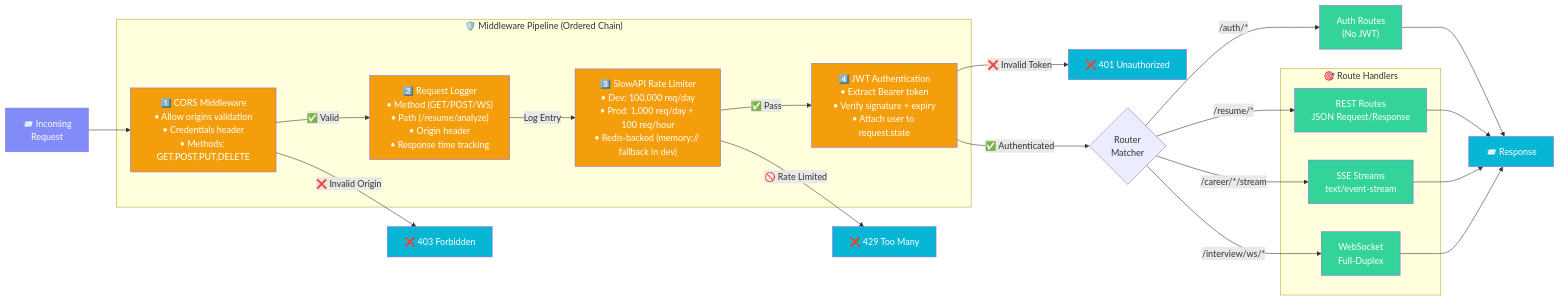
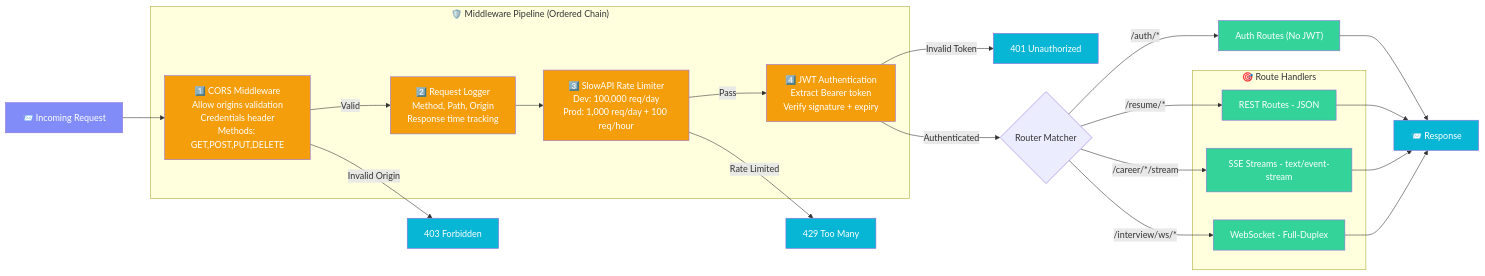
One commit to Anil-Pradhan-web/ai-career-mentor changed diagram 14 of 35 in ARCHITECTURE.md. Above: the diagram before and after it, drawn with Mermaid. The commit also changed other lines of this file, not shown here.

Commit message:
fix: remove all JSON curly braces from Mermaid sequence diagrams, simplify state diagrams, replace classDef with inline styles for GitHub compatibility

````diff
--- a/ARCHITECTURE.md
+++ b/ARCHITECTURE.md
@@ -718,44 +686,44 @@
 ```mermaid
 graph LR
     classDef req fill:#818cf8,color:#fff
     classDef mid fill:#f59e0b,color:#fff
     classDef route fill:#34d399,color:#fff
     classDef resp fill:#06b6d4,color:#fff
 
-    REQ["📨 Incoming<br/>Request"]
+    REQ["📨 Incoming Request"]
     
     subgraph "🛡️ Middleware Pipeline (Ordered Chain)"
-        CORS["1️⃣ CORS Middleware<br/>• Allow origins validation<br/>• Credentials header<br/>• Methods: GET,POST,PUT,DELETE"]
-        LOG["2️⃣ Request Logger<br/>• Method (GET/POST/WS)<br/>• Path (/resume/analyze)<br/>• Origin header<br/>• Response time tracking"]
-        SLOW["3️⃣ SlowAPI Rate Limiter<br/>• Dev: 100,000 req/day<br/>• Prod: 1,000 req/day + 100 req/hour<br/>• Redis-backed (memory:// fallback in dev)"]
-        JWT["4️⃣ JWT Authentication<br/>• Extract Bearer token<br/>• Verify signature + expiry<br/>• Attach user to request.state"]
+        CORS["1️⃣ CORS Middleware<br/>Allow origins validation<br/>Credentials header<br/>Methods: GET,POST,PUT,DELETE"]
+        LOG["2️⃣ Request Logger<br/>Method, Path, Origin<br/>Response time tracking"]
+        SLOW["3️⃣ SlowAPI Rate Limiter<br/>Dev: 100,000 req/day<br/>Prod: 1,000 req/day + 100 req/hour"]
+        JWT["4️⃣ JWT Authentication<br/>Extract Bearer token<br/>Verify signature + expiry"]
     end
     
     subgraph "🎯 Route Handlers"
-        REST["REST Routes<br/>JSON Request/Response"]
-        SSE["SSE Streams<br/>text/event-stream"]
-        WS["WebSocket<br/>Full-Duplex"]
+        REST["REST Routes - JSON"]
+        SSE["SSE Streams - text/event-stream"]
+        WS["WebSocket - Full-Duplex"]
     end
 
     REQ --> CORS
-    CORS -->|"❌ Invalid Origin"| REJ_CORS["❌ 403 Forbidden"]
-    CORS -->|"✅ Valid"| LOG
-    LOG -->|"Log Entry"| SLOW
-    SLOW -->|"🚫 Rate Limited"| REJ_429["❌ 429 Too Many"]
-    SLOW -->|"✅ Pass"| JWT
+    CORS -->|"Invalid Origin"| REJ_CORS["403 Forbidden"]
+    CORS -->|"Valid"| LOG
+    LOG --> SLOW
+    SLOW -->|"Rate Limited"| REJ_429["429 Too Many"]
+    SLOW -->|"Pass"| JWT
     
-    JWT -->|"❌ Invalid Token"| REJ_401["❌ 401 Unauthorized"]
-    JWT -->|"✅ Authenticated"| ROUTER{"Router<br/>Matcher"}
+    JWT -->|"Invalid Token"| REJ_401["401 Unauthorized"]
+    JWT -->|"Authenticated"| ROUTER{"Router Matcher"}
     
-    ROUTER -->|"/auth/*"| AUTH_R["Auth Routes<br/>(No JWT)"]
+    ROUTER -->|"/auth/*"| AUTH_R["Auth Routes (No JWT)"]
     ROUTER -->|"/resume/*"| REST
     ROUTER -->|"/career/*/stream"| SSE
     ROUTER -->|"/interview/ws/*"| WS
     
     AUTH_R & REST & SSE & WS --> RESP["📨 Response"]
 
     class REQ req
     class CORS,LOG,SLOW,JWT mid
     class AUTH_R,REST,SSE,WS route
     class RESP,REJ_CORS,REJ_429,REJ_401 resp
 ```
````
